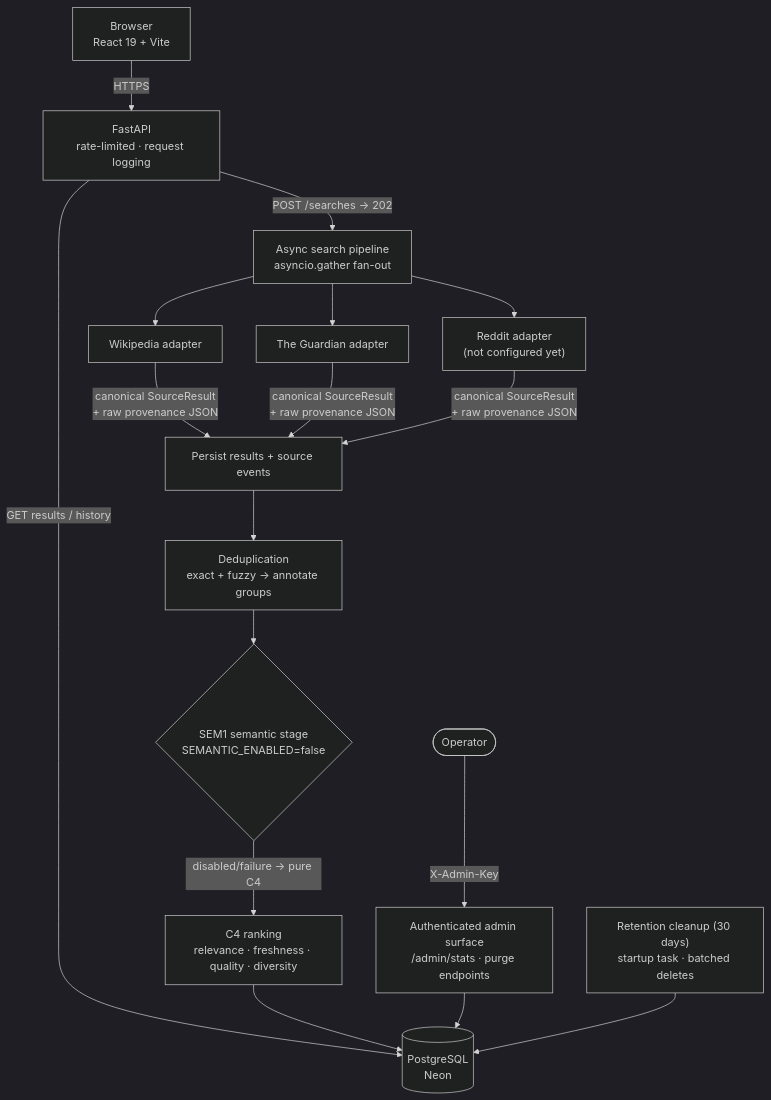
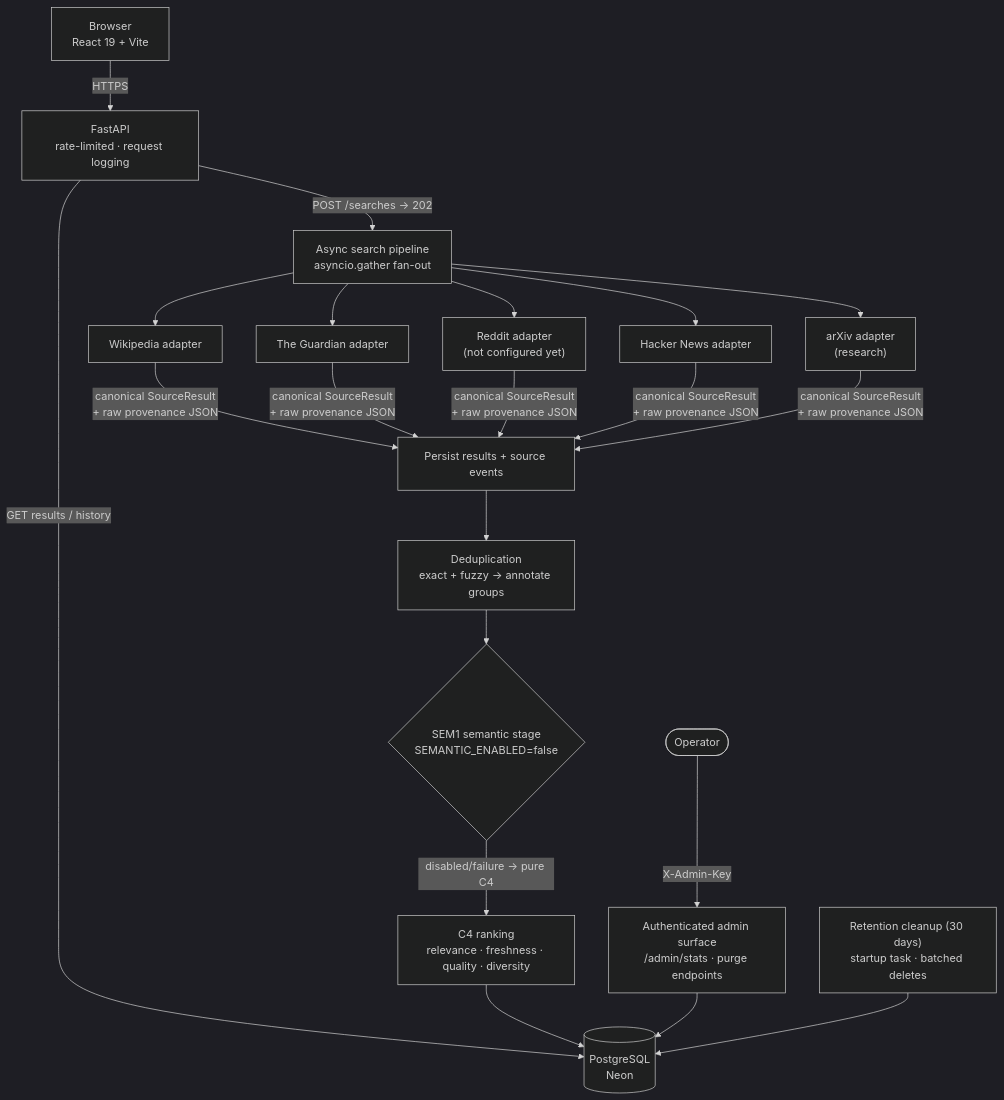
Before and after one commit to sktharunbalaji13-cmd/signalpulse: the diagram in README.md, drawn with Mermaid (dark theme). The commit also changed other lines of this file and 19 other files, not shown here.

Commit message:
feat(M22.1): add arXiv research source with gated ranking evidence

````diff
--- a/README.md
+++ b/README.md
@@ -40,23 +40,25 @@
 ```mermaid
 flowchart TB
     B["Browser<br/>React 19 + Vite"] -->|"HTTPS"| API["FastAPI<br/>rate-limited · request logging"]
 
     API -->|"POST /searches → 202"| PIPE["Async search pipeline<br/>asyncio.gather fan-out"]
     API -->|"GET results / history"| DB[("PostgreSQL<br/>Neon")]
 
     PIPE --> W["Wikipedia adapter"]
     PIPE --> G["The Guardian adapter"]
     PIPE --> R["Reddit adapter<br/>(not configured yet)"]
+    PIPE --> HN["Hacker News adapter"]
+    PIPE --> AX["arXiv adapter<br/>(research)"]
 
-    W & G & R -->|"canonical SourceResult<br/>+ raw provenance JSON"| PERSIST["Persist results + source events"]
+    W & G & R & HN & AX -->|"canonical SourceResult<br/>+ raw provenance JSON"| PERSIST["Persist results + source events"]
 
     PERSIST --> DEDUP["Deduplication<br/>exact + fuzzy → annotate groups"]
     DEDUP --> SEM{"SEM1 semantic stage<br/>SEMANTIC_ENABLED=false"}
     SEM -->|"disabled/failure → pure C4"| RANK["C4 ranking<br/>relevance · freshness · quality · diversity"]
     RANK --> DB
 
     ADMIN(["Operator"]) -->|"X-Admin-Key"| SEC["Authenticated admin surface<br/>/admin/stats · purge endpoints"]
     SEC --> DB
 
     CLEANUP["Retention cleanup (30 days)<br/>startup task · batched deletes"] --> DB
 ```
````
